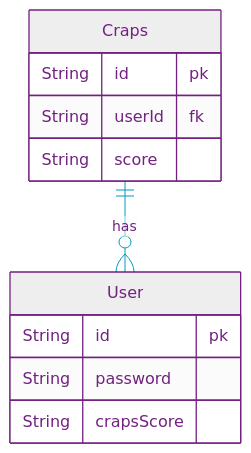
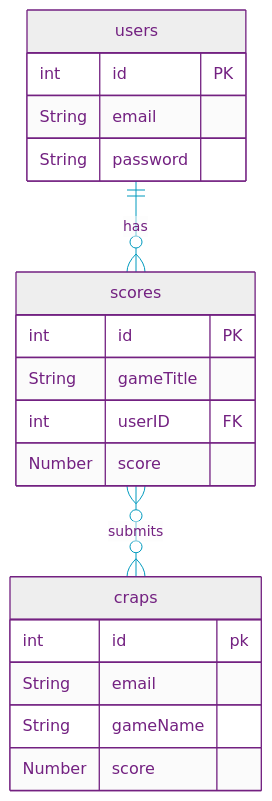
One commit to null-0ne/COSA-195-Gamehub changed the diagram in uml/erd.md. Above: the diagram before and after it, drawn with Mermaid. The commit also changed 1 other file, not shown here.

Commit message:
Updated SEQ & ERD diagrams to match changes

````diff
--- a/uml/erd.md
+++ b/uml/erd.md
@@ -3,27 +3,36 @@
 ```mermaid
 %%{init:{"securityLevel":"loose","layout":"elk","elk":{"nodePlacementStrategy":"NETWORK_SIMPLEX"},"theme":"base",
 "themeVariables":{"primaryColor":"#EEE","primaryTextColor":"#732181","primaryBorderColor":"#732181","lineColor":"#009ABE","noteBorderColor":"#732181","noteBkgColor":"#F38A00","activationBkgColor":"#F38A00"    }
 }}%%
 %%----------------------- MERMAID MARKUP BELOW --------------------%%
 erDiagram
 
 
-  User{
-    String id pk
+  users{
+    int id PK
+    String email
     String password
-    String crapsScore
   }
 
-  Craps{
-    String id pk
-    String userId fk
-    String score
+  craps{
+    int id pk
+    String email
+    String gameName
+    Number score
+  }
+
+  scores {
+  int id PK
+  String gameTitle
+  int userID FK
+  Number score
   }
 
 
    %% Relationships
-    Craps ||--o{ User : "has"
+    scores }o--o{ craps : "submits"
+    users ||--o{ scores : "has"
 
 
 %%----------------------- MERMAID MARKUP ABOVE --------------------%%
 ```
````
